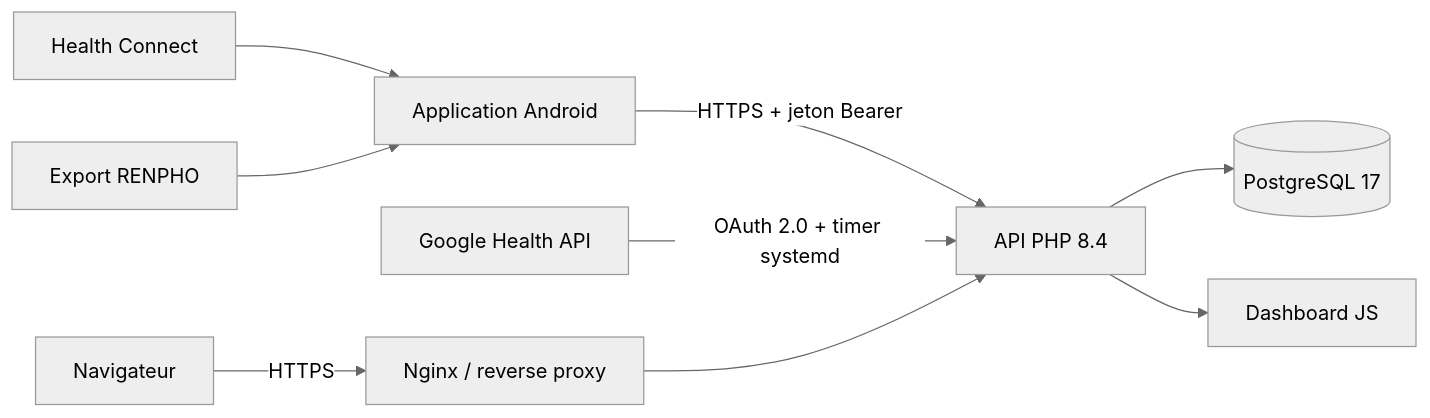
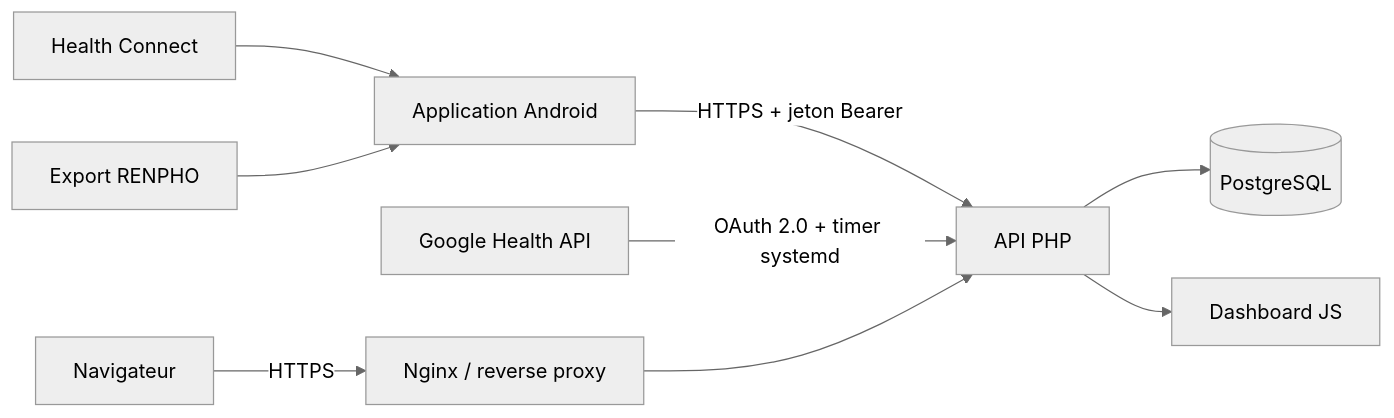
The diagram in README.md (e025532/pizid-motion), drawn with Mermaid (neutral theme) before and after one commit. The commit also changed other lines of this file and 12 other files, not shown here.

````diff
--- a/README.md
+++ b/README.md
@@ -28,11 +29,11 @@
 ```mermaid
 flowchart LR
     HC[Health Connect] --> APP[Application Android]
     RENPHO[Export RENPHO] --> APP
-    APP -->|HTTPS + jeton Bearer| API[API PHP 8.4]
+    APP -->|HTTPS + jeton Bearer| API[API PHP]
     GH[Google Health API] -->|OAuth 2.0 + timer systemd| API
     WEB[Navigateur] -->|HTTPS| NGINX[Nginx / reverse proxy]
     NGINX --> API
-    API --> PG[(PostgreSQL 17)]
+    API --> PG[(PostgreSQL)]
     API --> DASH[Dashboard JS]
 ```
````
